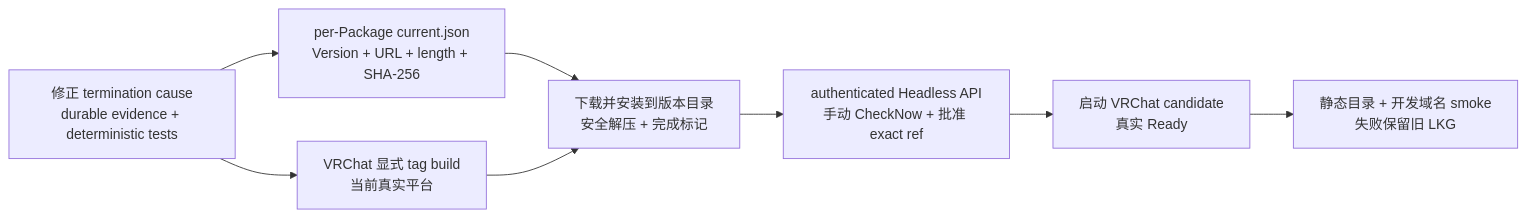
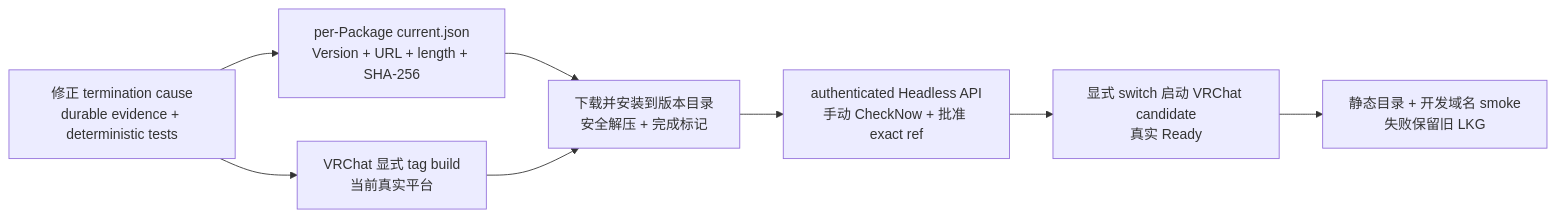
The first of 4 diagrams in docs/architecture/collector-delivery-implementation-roadmap.md (shenxianovo/Heartbeat), drawn with Mermaid before and after one commit. The commit also changed 8 other files, not shown here.

````diff
--- a/docs/architecture/collector-delivery-implementation-roadmap.md
+++ b/docs/architecture/collector-delivery-implementation-roadmap.md
@@ -18,16 +18,16 @@
 ```mermaid
 flowchart LR
     T["修正 termination cause<br/>durable evidence + deterministic tests"]
     I["per-Package current.json<br/>Version + URL + length + SHA-256"]
     B["VRChat 显式 tag build<br/>当前真实平台"]
     D["下载并安装到版本目录<br/>安全解压 + 完成标记"]
     A["authenticated Headless API<br/>手动 CheckNow + 批准 exact ref"]
-    R["启动 VRChat candidate<br/>真实 Ready"]
+    R["显式 switch 启动 VRChat candidate<br/>真实 Ready"]
     W["静态目录 + 开发域名 smoke<br/>失败保留旧 LKG"]
 
     T --> I
     T --> B
     I --> D
     B --> D
     D --> A --> R --> W
 ```
````
